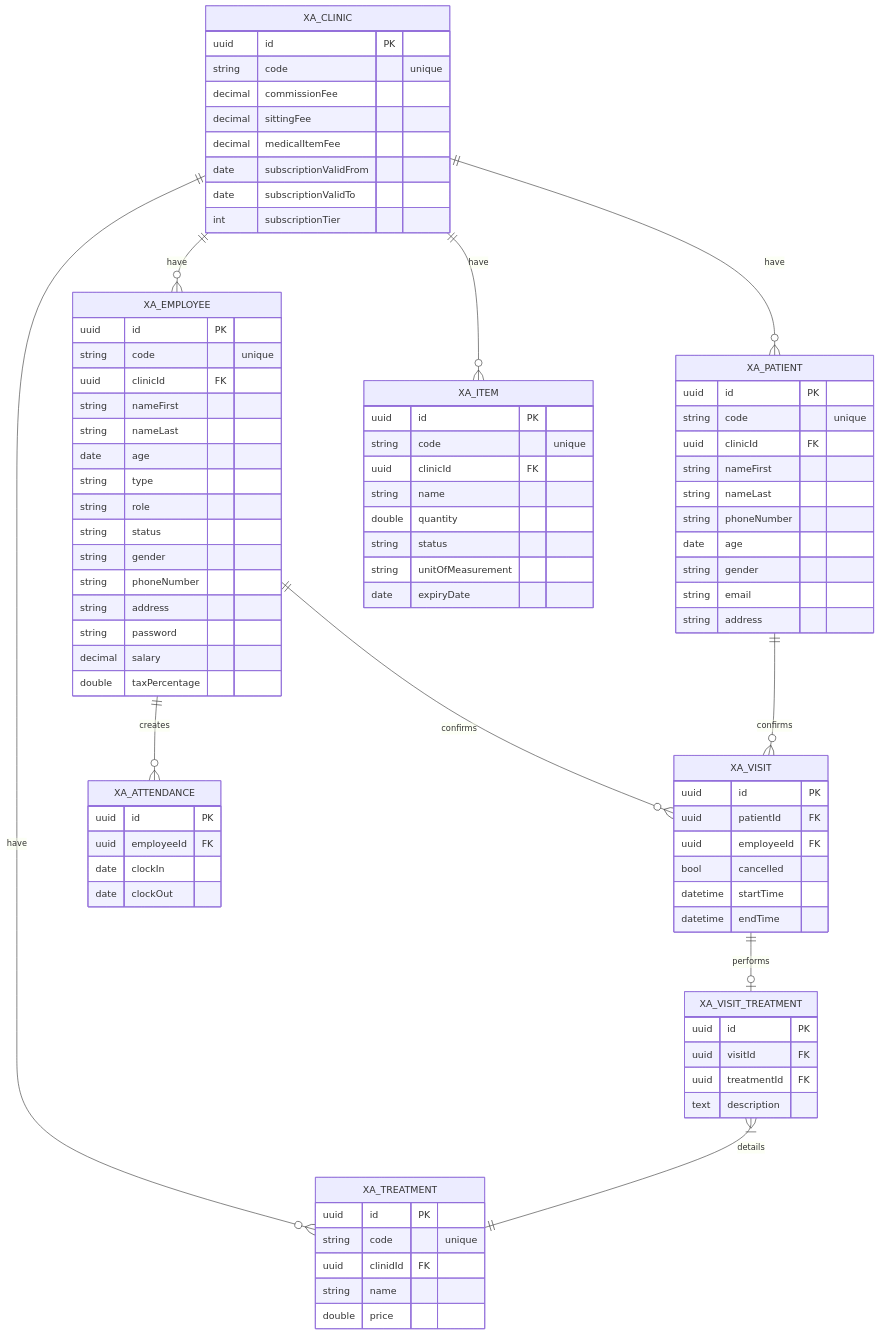
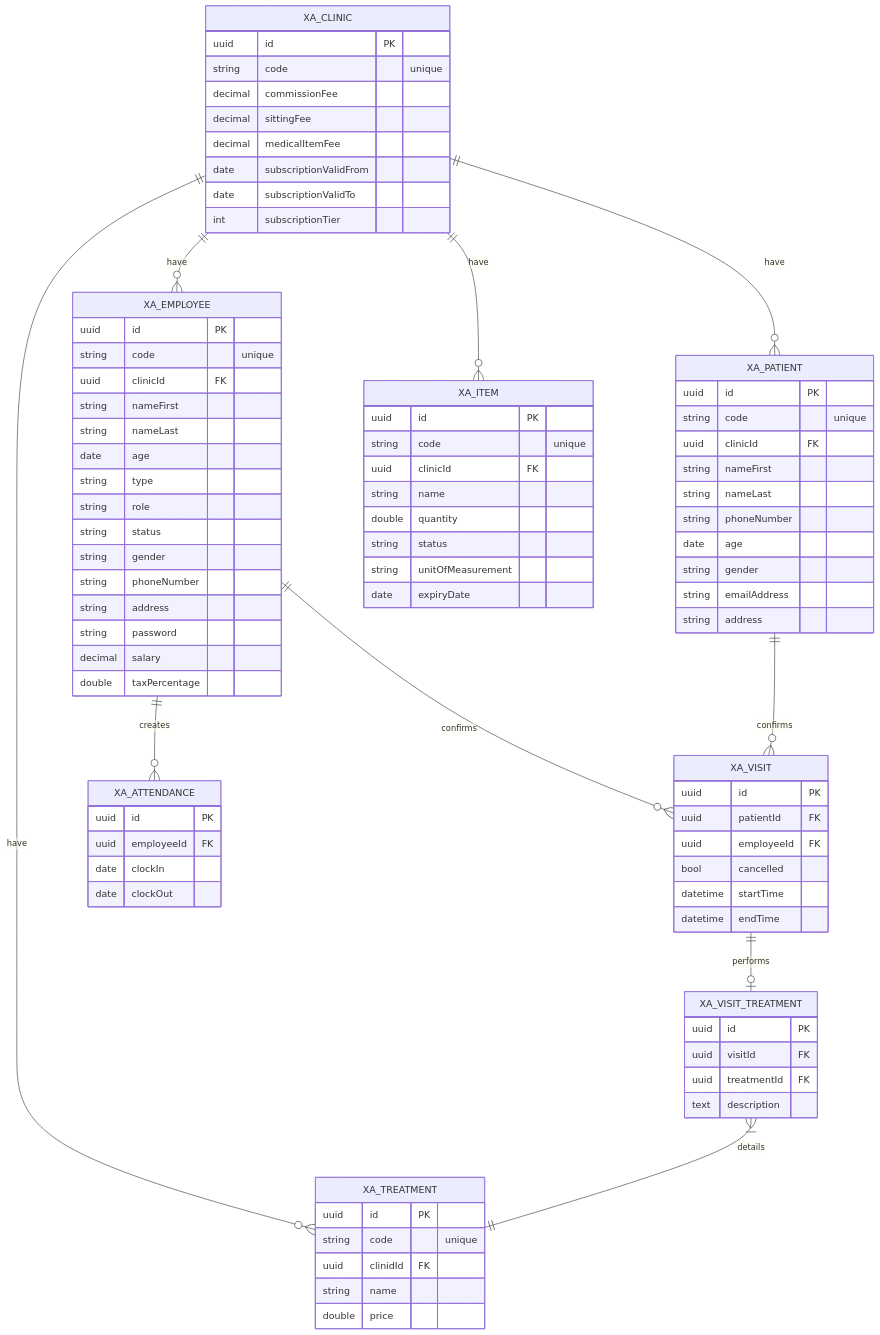
One commit to acemint/x-admin-backend changed the diagram in docs/erd.md. Above: the diagram before and after it, drawn with Mermaid. The commit also changed 12 other files, not shown here.

```diff
--- a/docs/erd.md
+++ b/docs/erd.md
@@ -46,7 +46,7 @@
         string phoneNumber
         date age
         string gender
-        string email
+        string emailAddress
         string address
     }
     XA_VISIT {
```
